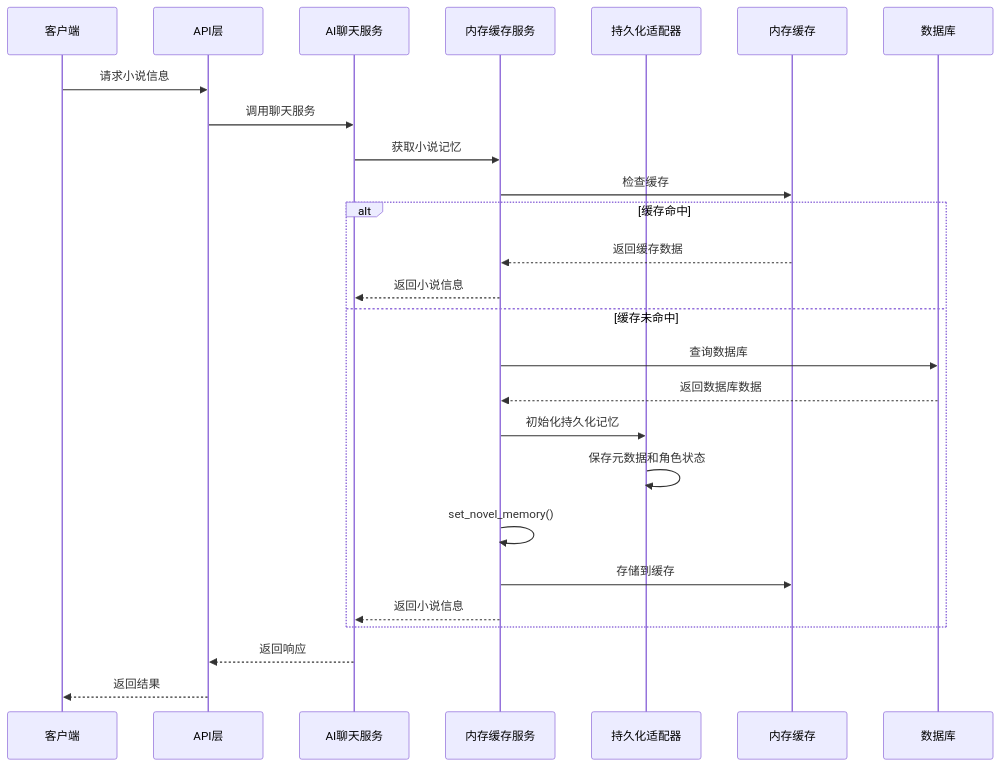
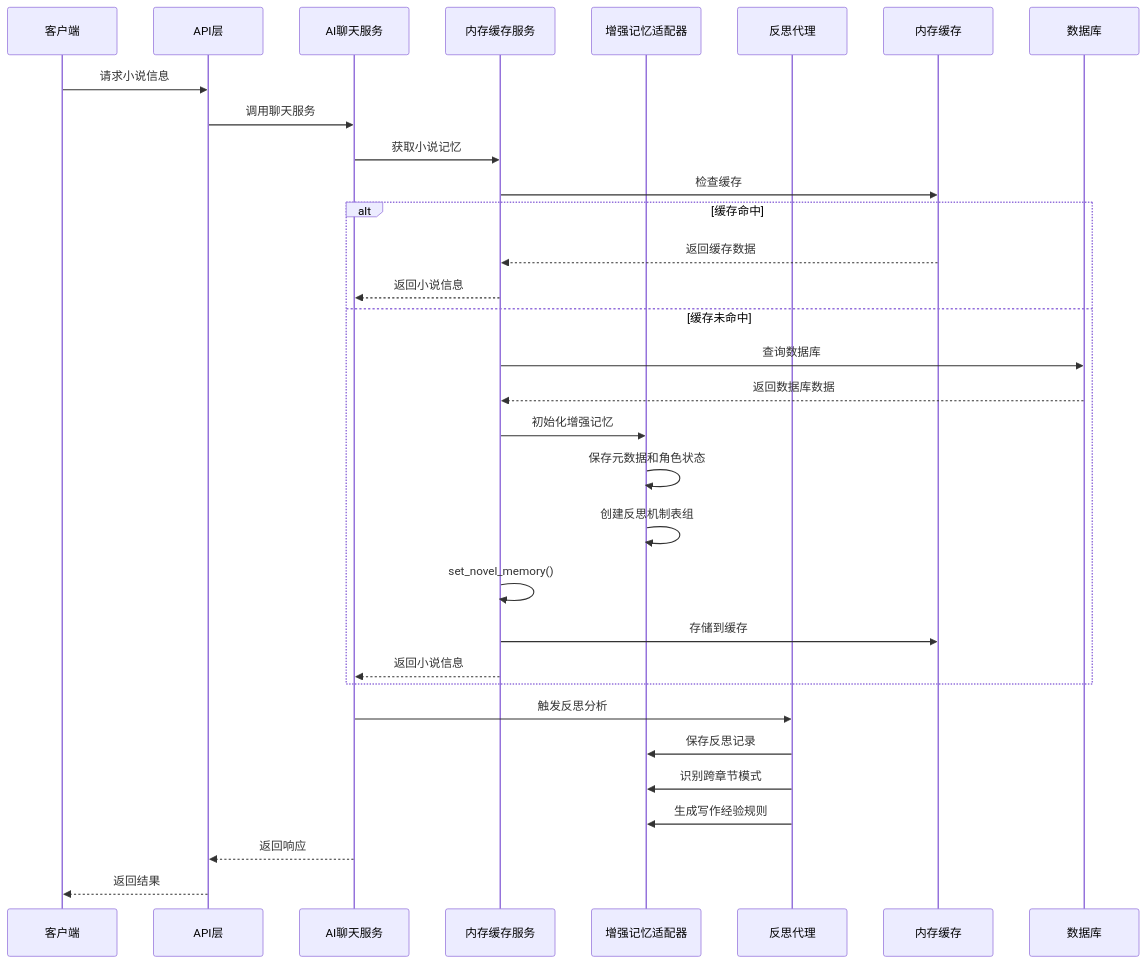
One commit to xfbyxq/ai-novel-system changed the second of 8 diagrams in .qoder/repowiki/zh/content/Memory Service.md. Above: the diagram before and after it, drawn with Mermaid. The commit also changed other lines of this file and 11 other files, not shown here.

````diff
--- a/.qoder/repowiki/zh/content/Memory Service.md
+++ b/.qoder/repowiki/zh/content/Memory Service.md
@@ -115,28 +129,34 @@
 ```mermaid
 sequenceDiagram
 participant Client as 客户端
 participant API as API层
 participant ChatService as AI聊天服务
 participant MemoryService as 内存缓存服务
-participant PersistentAdapter as 持久化适配器
+participant PersistentAdapter as 增强记忆适配器
+participant ReflectionAgent as 反思代理
 participant Cache as 内存缓存
 participant DB as 数据库
 Client->>API : 请求小说信息
 API->>ChatService : 调用聊天服务
 ChatService->>MemoryService : 获取小说记忆
 MemoryService->>Cache : 检查缓存
 alt 缓存命中
 Cache-->>MemoryService : 返回缓存数据
 MemoryService-->>ChatService : 返回小说信息
 else 缓存未命中
 MemoryService->>DB : 查询数据库
 DB-->>MemoryService : 返回数据库数据
-MemoryService->>PersistentAdapter : 初始化持久化记忆
+MemoryService->>PersistentAdapter : 初始化增强记忆
 PersistentAdapter->>PersistentAdapter : 保存元数据和角色状态
+PersistentAdapter->>PersistentAdapter : 创建反思机制表组
 MemoryService->>MemoryService : set_novel_memory()
 MemoryService->>Cache : 存储到缓存
 MemoryService-->>ChatService : 返回小说信息
 end
+ChatService->>ReflectionAgent : 触发反思分析
+ReflectionAgent->>PersistentAdapter : 保存反思记录
+ReflectionAgent->>PersistentAdapter : 识别跨章节模式
+ReflectionAgent->>PersistentAdapter : 生成写作经验规则
 ChatService-->>API : 返回响应
 API-->>Client : 返回结果
 ```
````
